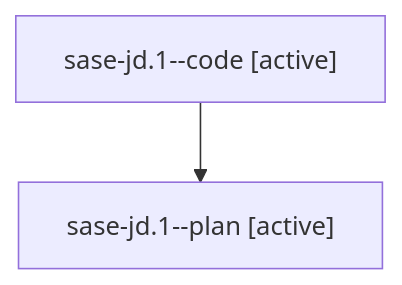
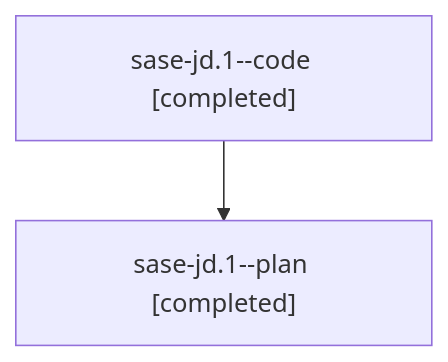
The diagram in families/bbugyi200.athena.sase-jd.1.md (sase-org/sase--agents), drawn with Mermaid before and after one commit. The commit also changed other lines of this file and 29 other files, not shown here.

````diff
--- a/families/bbugyi200.athena.sase-jd.1.md
+++ b/families/bbugyi200.athena.sase-jd.1.md
@@ -9,6 +9,6 @@
 ```mermaid
 flowchart TD
-  n0["sase-jd.1--code [active]"]
-  n1["sase-jd.1--plan [active]"]
+  n0["sase-jd.1--code [completed]"]
+  n1["sase-jd.1--plan [completed]"]
   n0 --> n1
 ```
````
